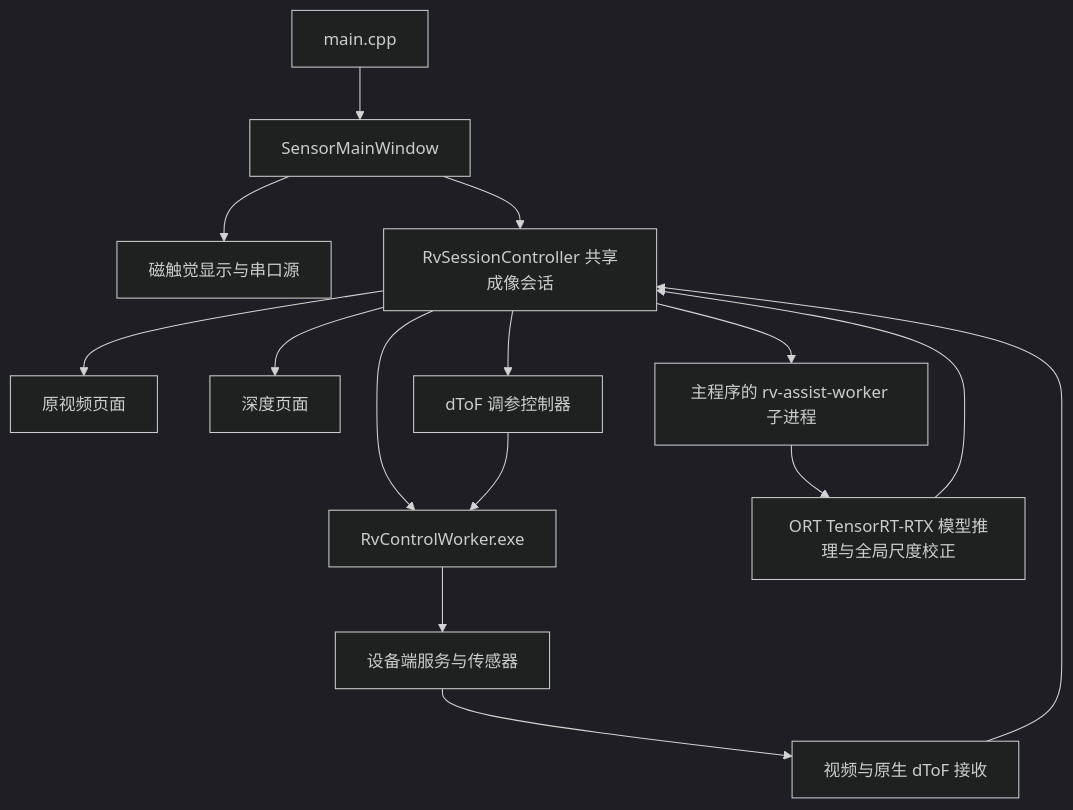
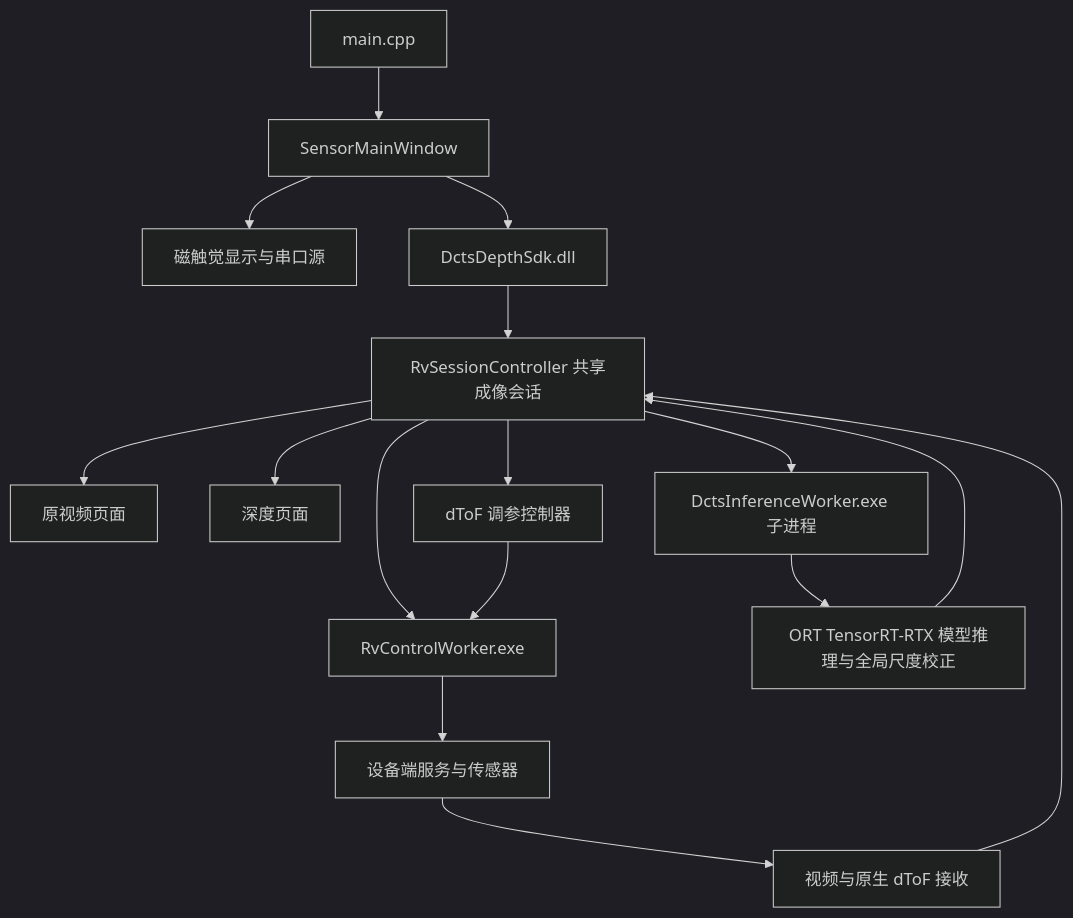
One commit to QinChen1998/depth-camera-and-tactile-sensor changed the diagram in docs/ARCHITECTURE.md. Above: the diagram before and after it, drawn with Mermaid (dark theme). The commit also changed other lines of this file and 49 other files, not shown here.

Commit message:
接入 Windows x64 深度图 SDK

````diff
--- a/docs/ARCHITECTURE.md
+++ b/docs/ARCHITECTURE.md
@@ -23,17 +23,18 @@
 ```mermaid
 flowchart TD
     Main[main.cpp] --> Window[SensorMainWindow]
     Window --> Tactile[磁触觉显示与串口源]
-    Window --> Session[RvSessionController 共享成像会话]
+    Window --> SDK[DctsDepthSdk.dll]
+    SDK --> Session[RvSessionController 共享成像会话]
     Session --> Camera[原视频页面]
     Session --> Depth[深度页面]
     Session --> Tuner[dToF 调参控制器]
     Session --> Control[RvControlWorker.exe]
     Tuner --> Control
     Control --> Board[设备端服务与传感器]
     Board --> Streams[视频与原生 dToF 接收]
     Streams --> Session
-    Session --> Assist[主程序的 rv-assist-worker 子进程]
+    Session --> Assist[DctsInferenceWorker.exe 子进程]
     Assist --> ORT[ORT TensorRT-RTX 模型推理与全局尺度校正]
     ORT --> Session
 ```
````
